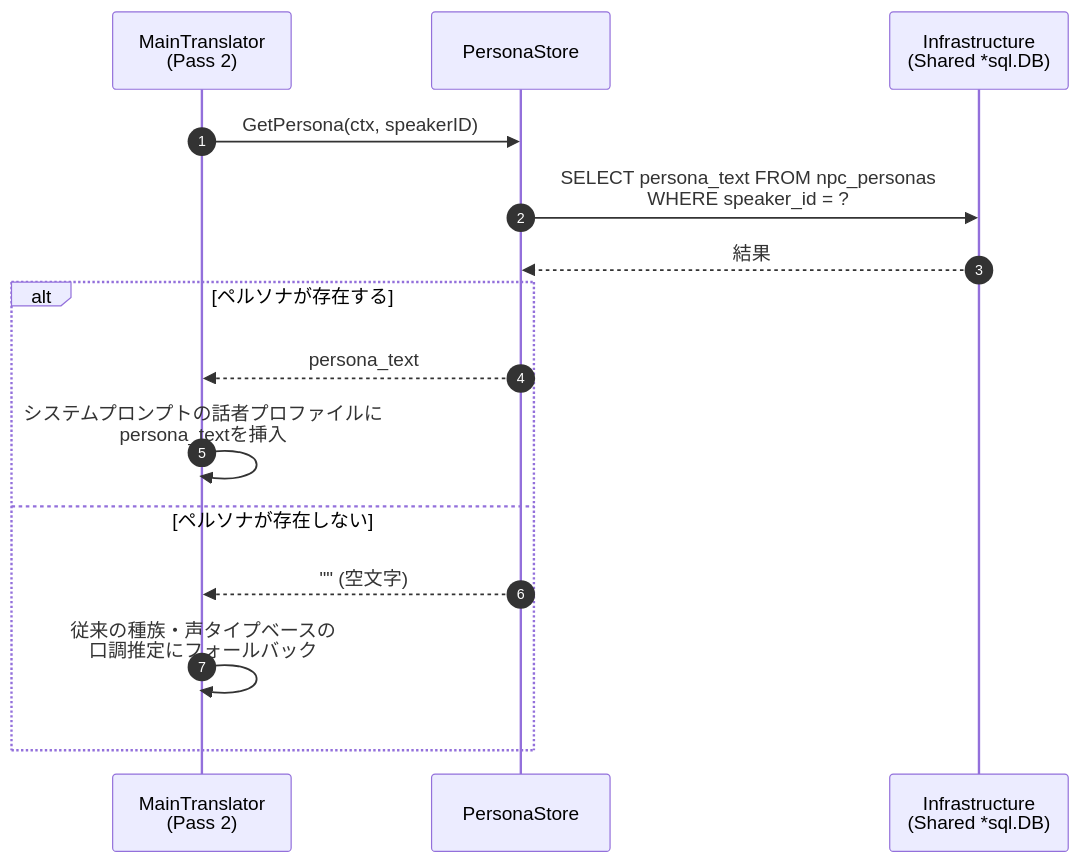
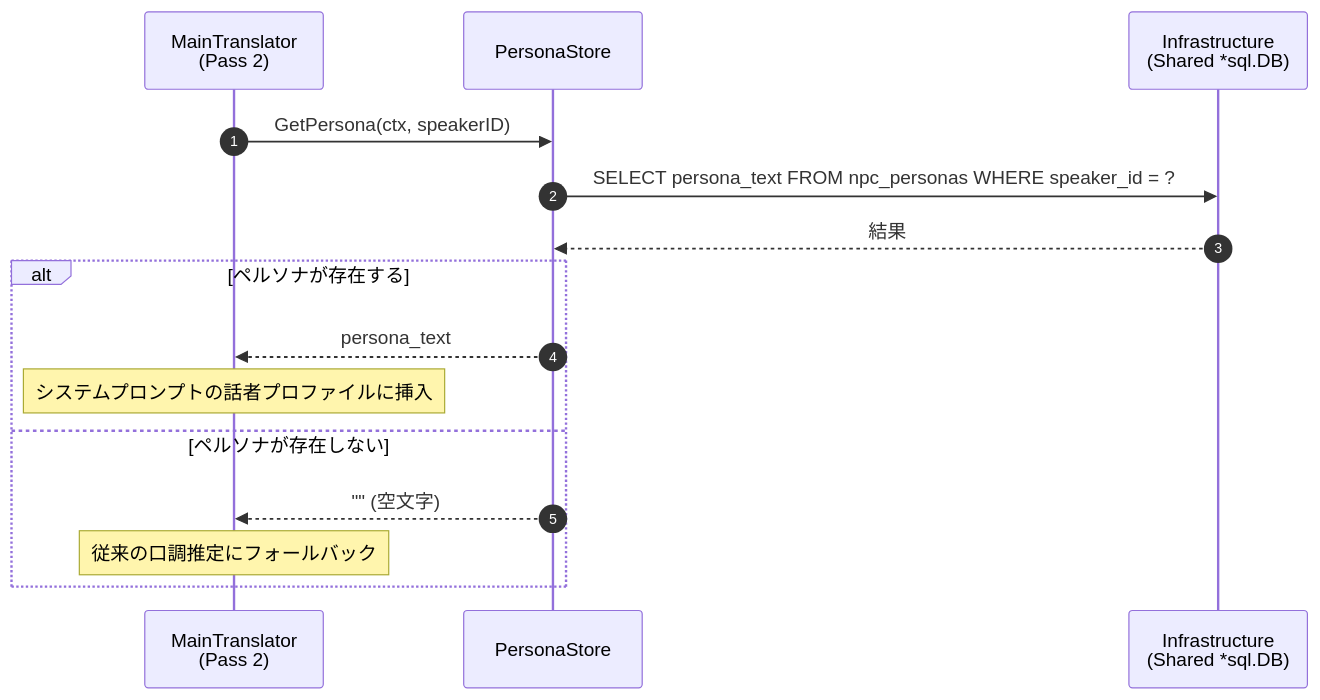
The third of 3 diagrams in specs/PersonaGenSlice/npc_persona_generator_sequence_diagram.md (ishibata91/ai-translation-engine-2), drawn with Mermaid before and after one commit. The commit also changed other lines of this file and 5 other files, not shown here.

````diff
--- a/specs/PersonaGenSlice/npc_persona_generator_sequence_diagram.md
+++ b/specs/PersonaGenSlice/npc_persona_generator_sequence_diagram.md
@@ -199,19 +75,19 @@
 ```mermaid
 sequenceDiagram
     autonumber
     participant MT as MainTranslator<br/>(Pass 2)
     participant PS as PersonaStore
     participant DB as Infrastructure<br/>(Shared *sql.DB)
 
     MT->>PS: GetPersona(ctx, speakerID)
-    PS->>DB: SELECT persona_text FROM npc_personas<br/>WHERE speaker_id = ?
+    PS->>DB: SELECT persona_text FROM npc_personas WHERE speaker_id = ?
     DB-->>PS: 結果
 
     alt ペルソナが存在する
         PS-->>MT: persona_text
-        MT->>MT: システムプロンプトの話者プロファイルに<br/>persona_textを挿入
+        Note over MT: システムプロンプトの話者プロファイルに挿入
     else ペルソナが存在しない
         PS-->>MT: "" (空文字)
-        MT->>MT: 従来の種族・声タイプベースの<br/>口調推定にフォールバック
+        Note over MT: 従来の口調推定にフォールバック
     end
 ```
````
